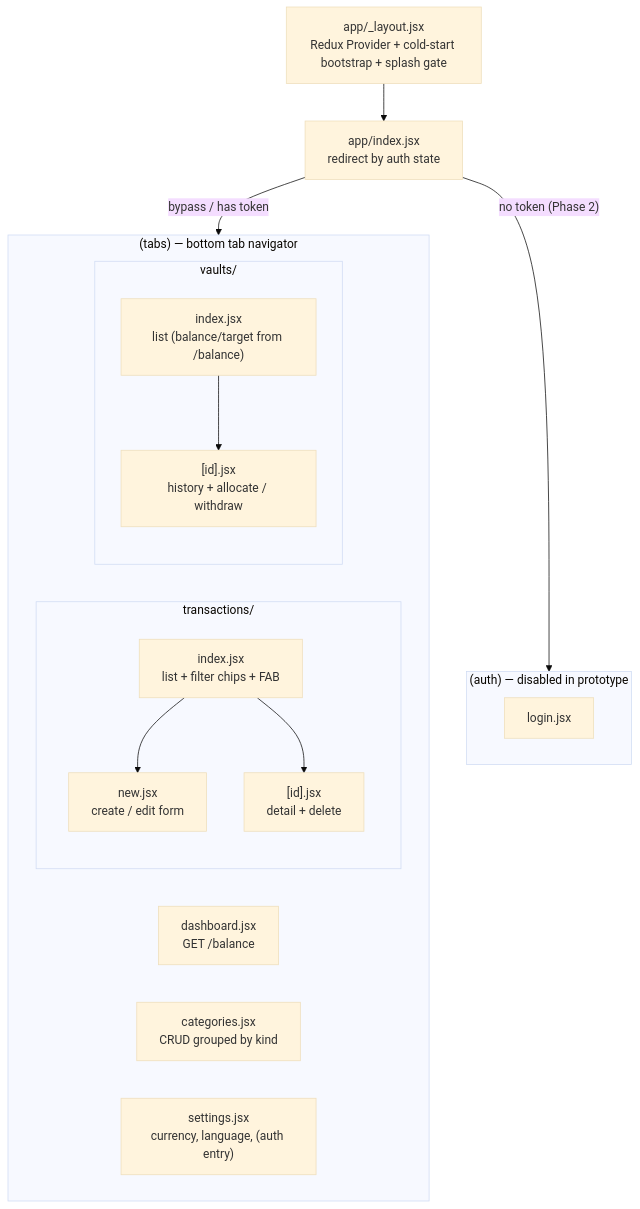
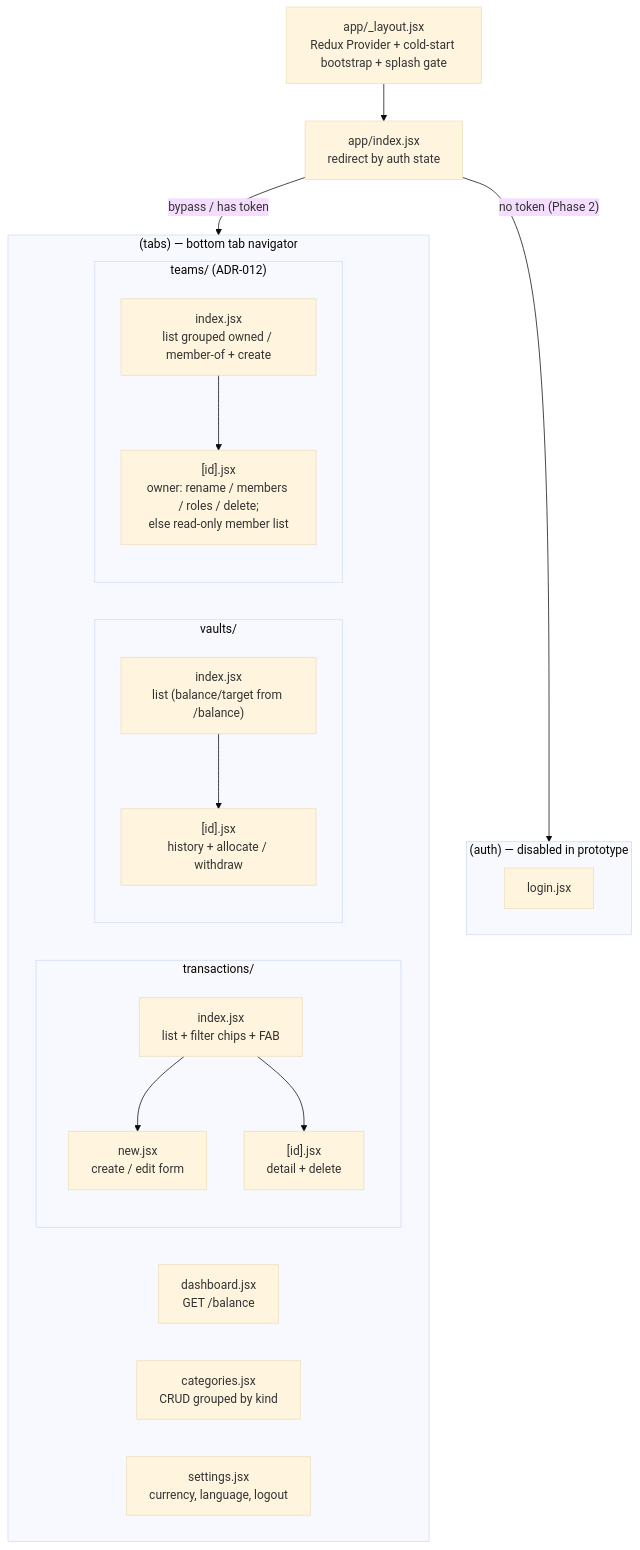
Before and after one commit to JayroGG/balance-manager: the first of 3 diagrams in ARCHITECTURE.md, drawn with Mermaid (base theme). The commit also changed other lines of this file and 33 other files, not shown here.

````diff
--- a/ARCHITECTURE.md
+++ b/ARCHITECTURE.md
@@ -9,31 +9,36 @@
 ```mermaid
 graph TD
   Root["app/_layout.jsx<br/>Redux Provider + cold-start bootstrap + splash gate"]
   Index["app/index.jsx<br/>redirect by auth state"]
   Root --> Index
   Index -->|"bypass / has token"| Tabs
   Index -->|"no token (Phase 2)"| Auth
 
   subgraph Auth["(auth) — disabled in prototype"]
     Login["login.jsx"]
   end
 
   subgraph Tabs["(tabs) — bottom tab navigator"]
     Dash["dashboard.jsx<br/>GET /balance"]
     subgraph Tx["transactions/"]
       TxList["index.jsx<br/>list + filter chips + FAB"]
       TxNew["new.jsx<br/>create / edit form"]
       TxDetail["[id].jsx<br/>detail + delete"]
     end
     subgraph Vaults["vaults/"]
       VList["index.jsx<br/>list (balance/target from /balance)"]
       VDetail["[id].jsx<br/>history + allocate / withdraw"]
     end
     Cats["categories.jsx<br/>CRUD grouped by kind"]
-    Settings["settings.jsx<br/>currency, language, (auth entry)"]
+    subgraph Teams["teams/ (ADR-012)"]
+      TList["index.jsx<br/>list grouped owned / member-of + create"]
+      TManage["[id].jsx<br/>owner: rename / members / roles / delete;<br/>else read-only member list"]
+    end
+    Settings["settings.jsx<br/>currency, language, logout"]
   end
 
   TxList --> TxNew
   TxList --> TxDetail
   VList --> VDetail
+  TList --> TManage
 ```
````
